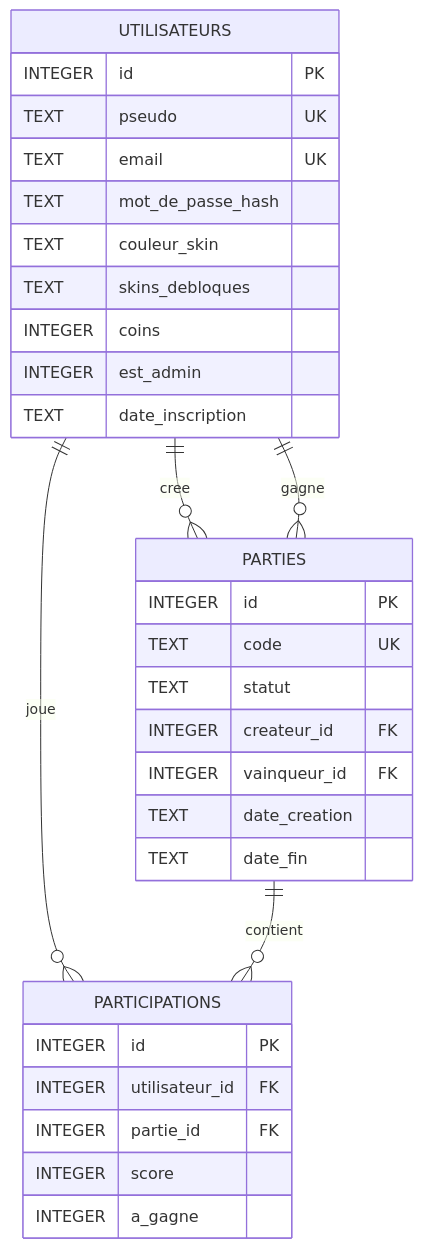
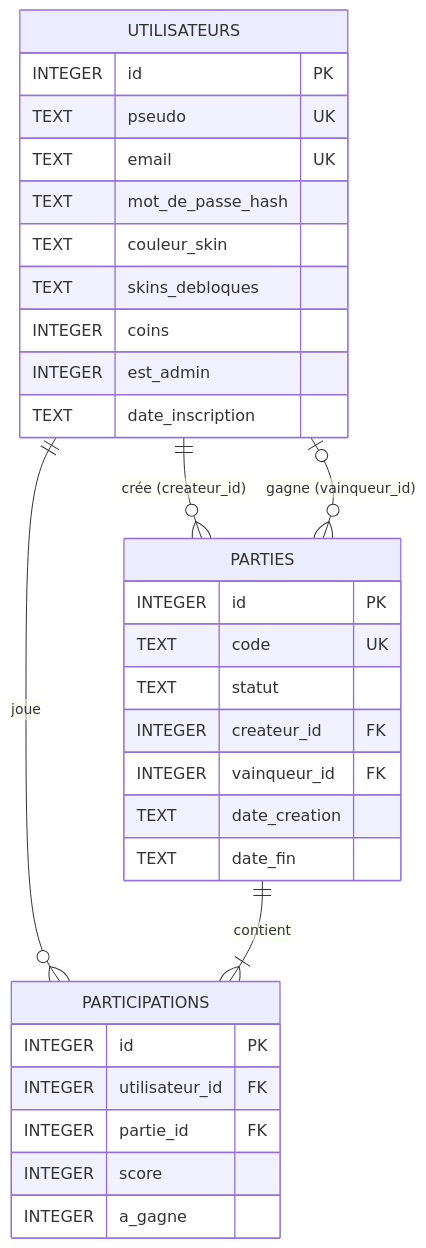
The diagram in docs/schema.md (Dontbyshai/Serpentix), drawn with Mermaid before and after one commit. The commit also changed other lines of this file and 4 other files, not shown here.

Commit message:
Documentation : README, schéma BDD, architecture, présentation NSI et liste d'améliorations

````diff
--- a/docs/schema.md
+++ b/docs/schema.md
@@ -7,37 +8,37 @@
 ```mermaid
 erDiagram
-    UTILISATEURS ||--o{ PARTIES : cree
-    UTILISATEURS ||--o{ PARTIES : gagne
+    UTILISATEURS ||--o{ PARTIES : "crée (createur_id)"
+    UTILISATEURS |o--o{ PARTIES : "gagne (vainqueur_id)"
     UTILISATEURS ||--o{ PARTICIPATIONS : joue
-    PARTIES ||--o{ PARTICIPATIONS : contient
+    PARTIES ||--|{ PARTICIPATIONS : contient
 
     UTILISATEURS {
         INTEGER id PK
         TEXT pseudo UK
         TEXT email UK
         TEXT mot_de_passe_hash
         TEXT couleur_skin
         TEXT skins_debloques
         INTEGER coins
         INTEGER est_admin
         TEXT date_inscription
     }
 
     PARTIES {
         INTEGER id PK
         TEXT code UK
         TEXT statut
         INTEGER createur_id FK
         INTEGER vainqueur_id FK
         TEXT date_creation
         TEXT date_fin
     }
 
     PARTICIPATIONS {
         INTEGER id PK
         INTEGER utilisateur_id FK
         INTEGER partie_id FK
         INTEGER score
         INTEGER a_gagne
     }
 ```
````
